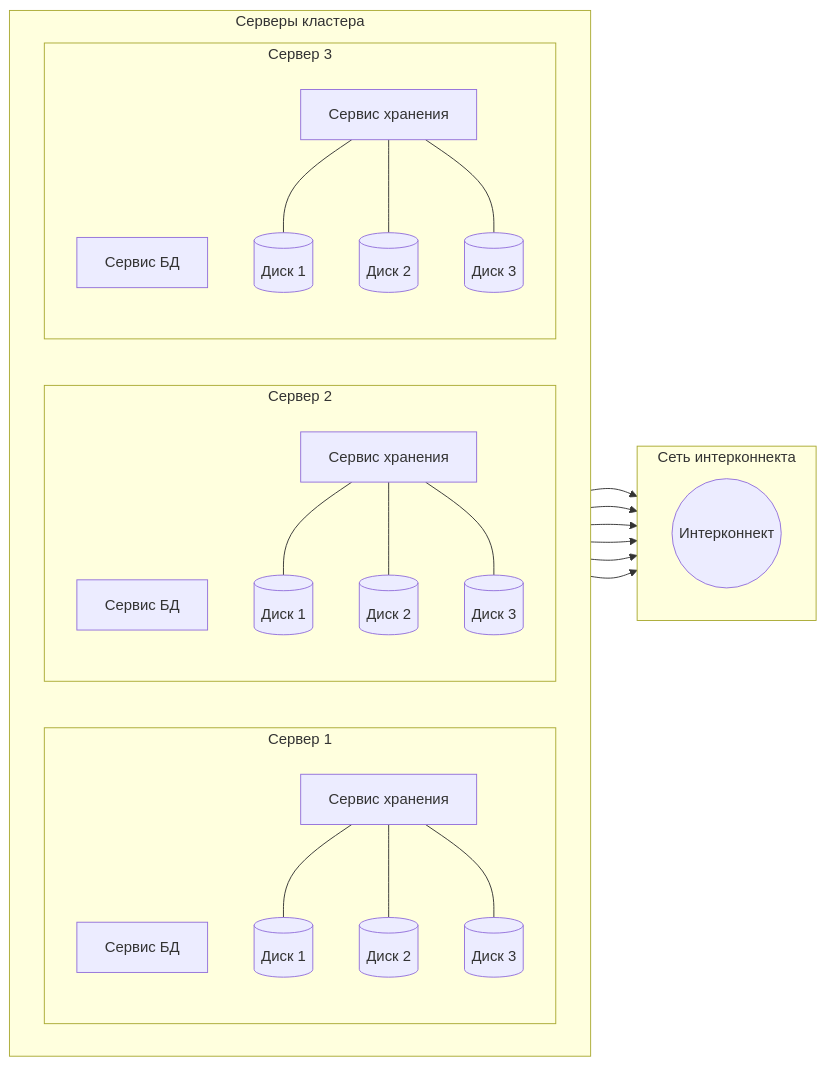
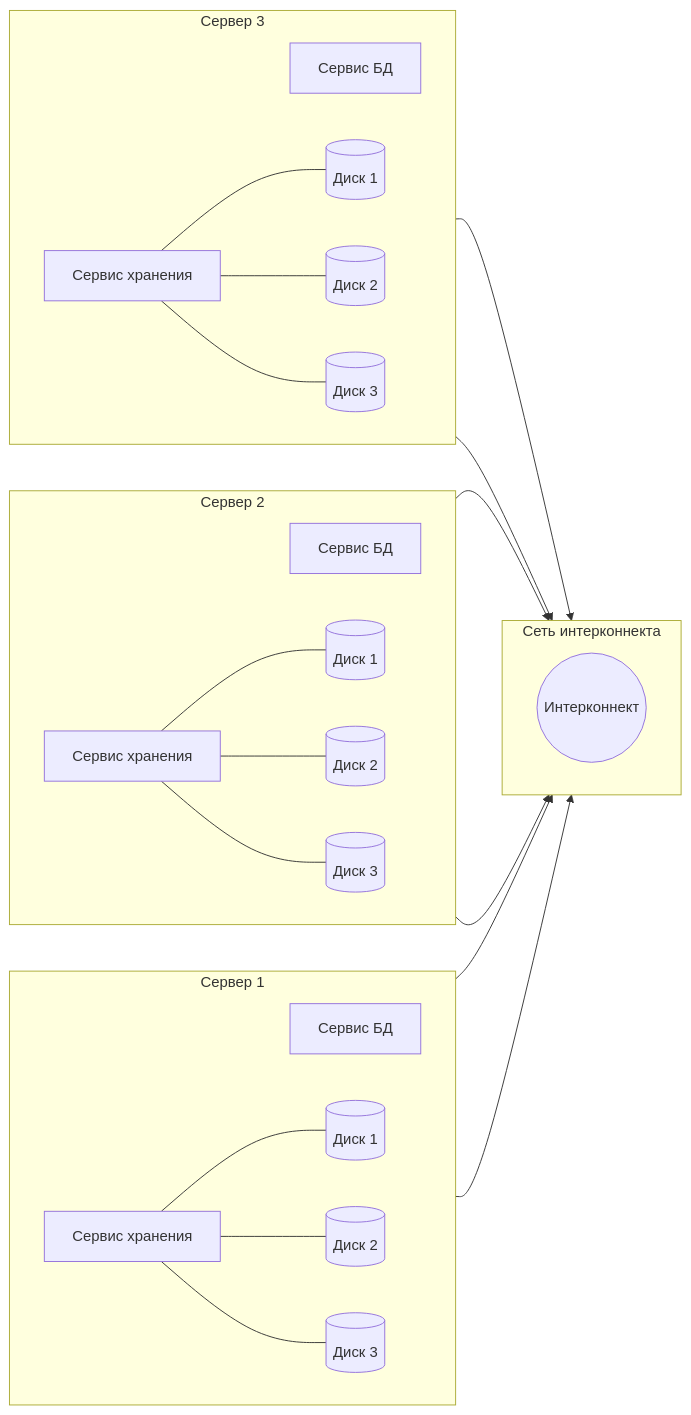
One commit to zinal/ydb-snippets changed the first of 4 diagrams in diagrams/db-diags.md. Above: the diagram before and after it, drawn with Mermaid.

````diff
--- a/diagrams/db-diags.md
+++ b/diagrams/db-diags.md
@@ -1,60 +1,55 @@
 ```mermaid
 flowchart LR
-  %% Серверы слева
-  subgraph CL[Серверы кластера]
-    direction LR
-
     %% Сервер 1
     subgraph S1[Сервер 1]
-      direction TB
+      direction LR
       S1DB[Сервис БД]
       S1ST[Сервис хранения]
       S1D1[(Диск 1)]
       S1D2[(Диск 2)]
       S1D3[(Диск 3)]
       S1ST --- S1D1
       S1ST --- S1D2
       S1ST --- S1D3
     end
 
     %% Сервер 2
     subgraph S2[Сервер 2]
-      direction TB
+      direction LR
       S2DB[Сервис БД]
       S2ST[Сервис хранения]
       S2D1[(Диск 1)]
       S2D2[(Диск 2)]
       S2D3[(Диск 3)]
       S2ST --- S2D1
       S2ST --- S2D2
       S2ST --- S2D3
     end
 
     %% Сервер 3
     subgraph S3[Сервер 3]
-      direction TB
+      direction LR
       S3DB[Сервис БД]
       S3ST[Сервис хранения]
       S3D1[(Диск 1)]
       S3D2[(Диск 2)]
       S3D3[(Диск 3)]
       S3ST --- S3D1
       S3ST --- S3D2
       S3ST --- S3D3
     end
-  end
 
   %% Сеть интерконнекта справа
   subgraph NET[Сеть интерконнекта]
-    direction LR
+    direction RL
     IC((Интерконнект))
   end
 
   %% Соединения слева направо, чтобы зафиксировать NET справа
   S1DB --> IC
   S1ST --> IC
   S2DB --> IC
   S2ST --> IC
   S3DB --> IC
   S3ST --> IC
 ```
````
